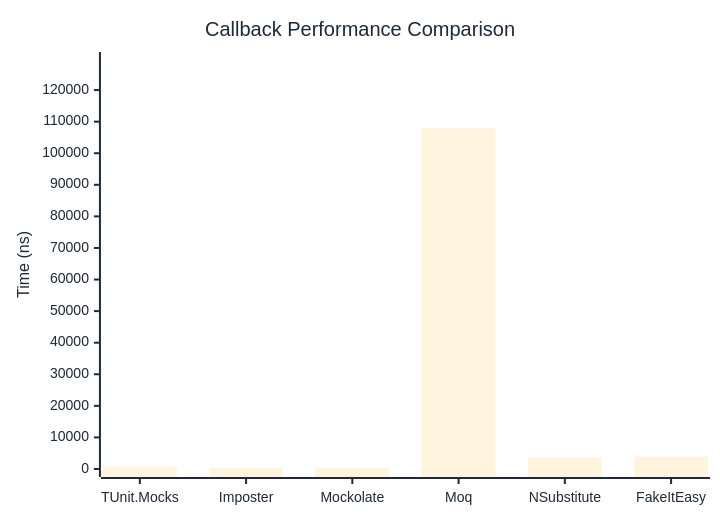
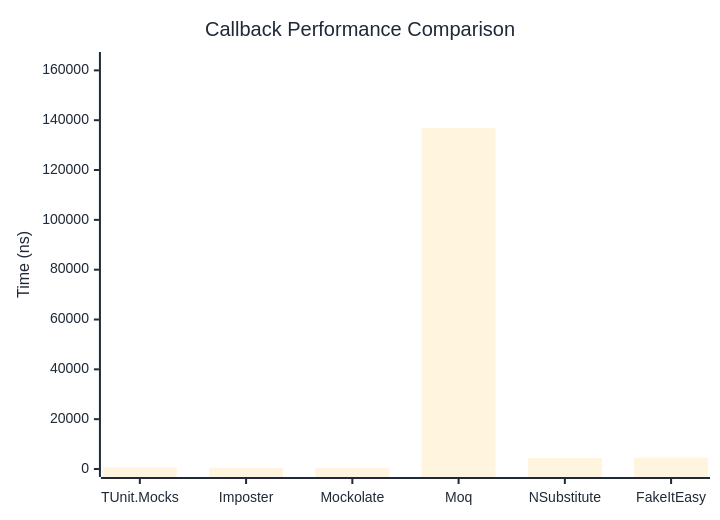
One commit to thomhurst/TUnit changed the first of 2 diagrams in docs/docs/benchmarks/mocks/Callback.md. Above: the diagram before and after it, drawn with Mermaid. The commit also changed other lines of this file and 14 other files, not shown here.

````diff
--- a/docs/docs/benchmarks/mocks/Callback.md
+++ b/docs/docs/benchmarks/mocks/Callback.md
@@ -30,27 +30,27 @@
 ```mermaid
 %%{init: {
   'theme':'base',
   'themeVariables': {
     'primaryColor': '#2563eb',
     'primaryTextColor': '#1f2937',
     'primaryBorderColor': '#1e40af',
     'lineColor': '#6b7280',
     'secondaryColor': '#7c3aed',
     'tertiaryColor': '#dc2626',
     'background': '#ffffff',
     'pie1': '#2563eb',
     'pie2': '#7c3aed',
     'pie3': '#dc2626',
     'pie4': '#f59e0b',
     'pie5': '#10b981',
     'pie6': '#06b6d4',
     'pie7': '#ec4899',
     'pie8': '#6366f1'
   }
 }}%%
 xychart-beta
   title "Callback Performance Comparison"
   x-axis ["TUnit.Mocks", "Imposter", "Mockolate", "Moq", "NSubstitute", "FakeItEasy"]
-  y-axis "Time (ns)" 0 --> 129520
-  bar [558, 403.4, 272.3, 107933.1, 3654.8, 3881.4]
+  y-axis "Time (ns)" 0 --> 164164
+  bar [654.2, 470.9, 336.7, 136803, 4419.8, 4571.1]
 ```
````
